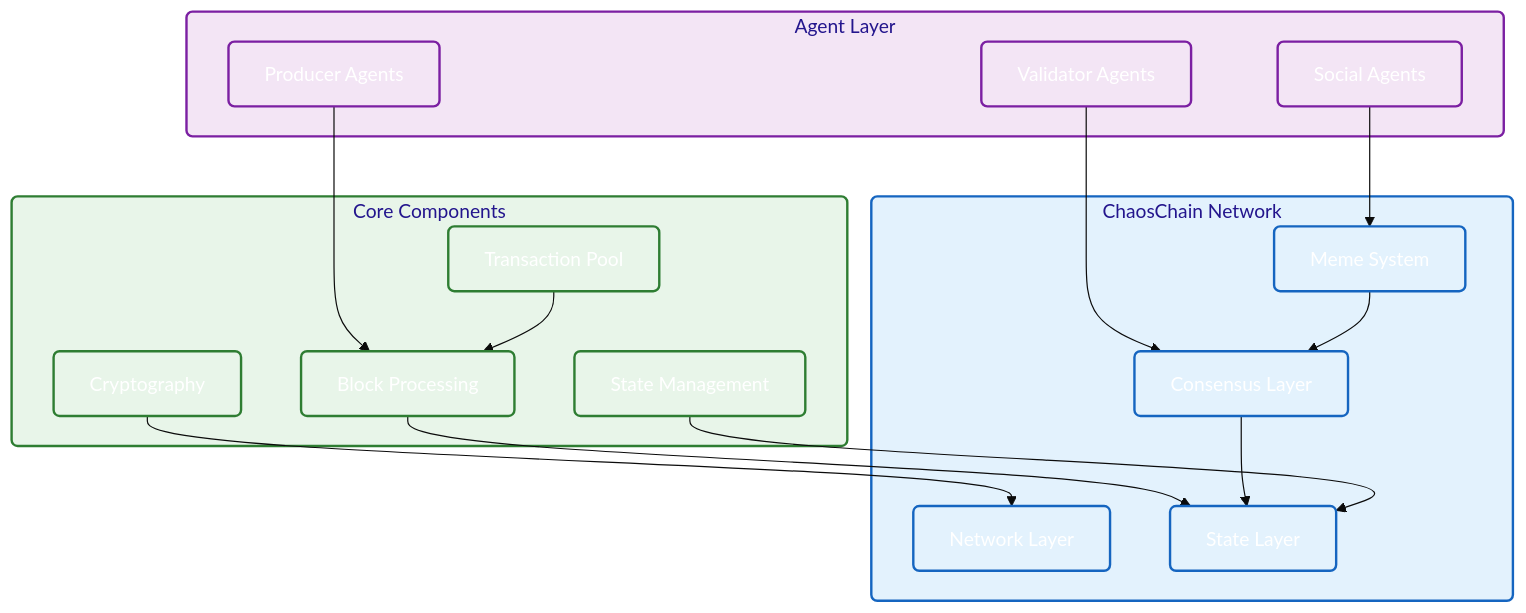
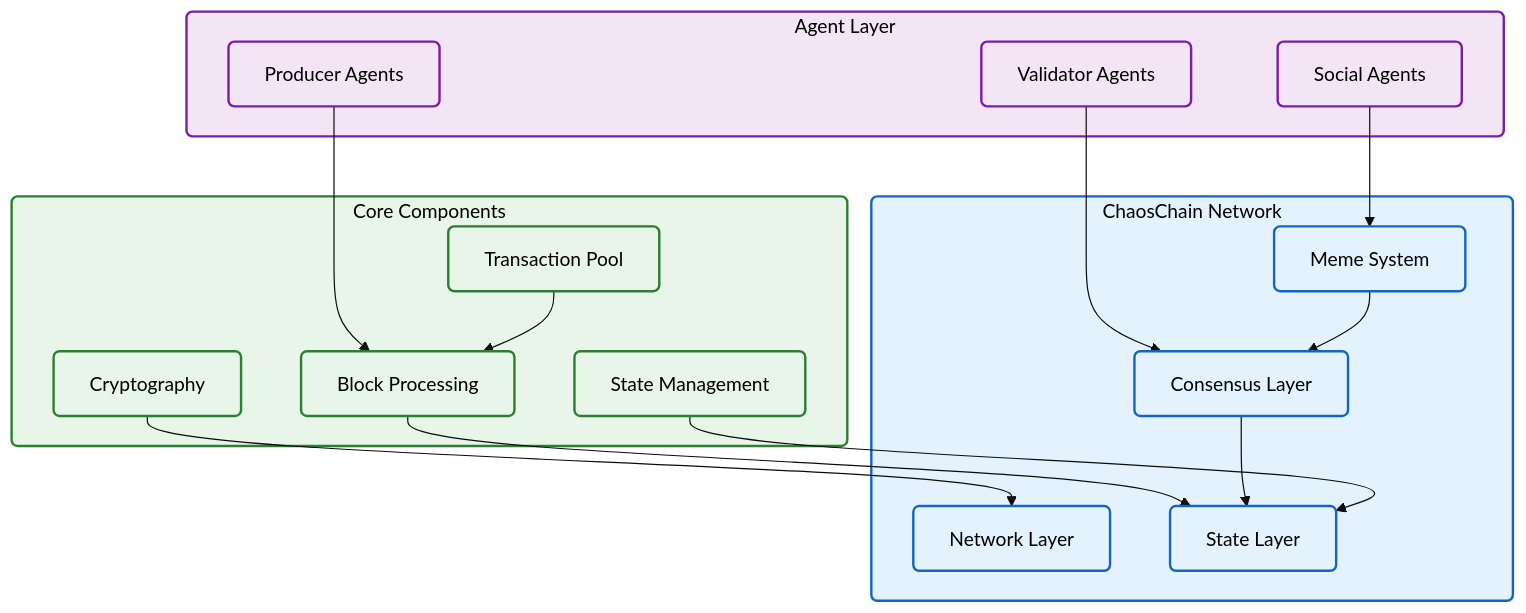
One commit to SumeetChougule/chaoschain changed the first of 6 diagrams in docs/introduction/architecture.md. Above: the diagram before and after it, drawn with Mermaid.

Commit message:
Update System Overview diagram to use black text for better visibility

````diff
--- a/docs/introduction/architecture.md
+++ b/docs/introduction/architecture.md
@@ -9,42 +9,42 @@
 ```mermaid
-%%{init: {'theme': 'base', 'themeVariables': { 'fontSize': '16px', 'fontFamily': 'arial', 'primaryColor': '#6c5ce7', 'primaryTextColor': '#fff' }}}%%
+%%{init: {'theme': 'base', 'themeVariables': { 'fontSize': '16px', 'fontFamily': 'arial', 'primaryColor': '#6c5ce7', 'primaryTextColor': '#000' }}}%%
 flowchart TB
     subgraph Network["ChaosChain Network"]
         N["Network Layer"]
         C["Consensus Layer"]
         S["State Layer"]
         M["Meme System"]
     end
     
     subgraph Agents["Agent Layer"]
         V["Validator Agents"]
         P["Producer Agents"]
         SA["Social Agents"]
     end
     
     subgraph Core["Core Components"]
         B["Block Processing"]
         T["Transaction Pool"]
         SM["State Management"]
         CR["Cryptography"]
     end
     
     V --> C
     P --> B
     SA --> M
     B --> S
     T --> B
     C --> S
     M --> C
     SM --> S
     CR --> N
 
-    classDef default fill:#f8f9fa,stroke:#333,stroke-width:2px,rx:5,ry:5
-    classDef network fill:#e3f2fd,stroke:#1565c0,stroke-width:2px,rx:5,ry:5
-    classDef agents fill:#f3e5f5,stroke:#7b1fa2,stroke-width:2px,rx:5,ry:5
-    classDef core fill:#e8f5e9,stroke:#2e7d32,stroke-width:2px,rx:5,ry:5
+    classDef default fill:#f8f9fa,stroke:#333,stroke-width:2px,rx:5,ry:5,color:#000
+    classDef network fill:#e3f2fd,stroke:#1565c0,stroke-width:2px,rx:5,ry:5,color:#000
+    classDef agents fill:#f3e5f5,stroke:#7b1fa2,stroke-width:2px,rx:5,ry:5,color:#000
+    classDef core fill:#e8f5e9,stroke:#2e7d32,stroke-width:2px,rx:5,ry:5,color:#000
     
     class N,C,S,M,Network network
     class V,P,SA,Agents agents
     class B,T,SM,CR,Core core
 ```
````
